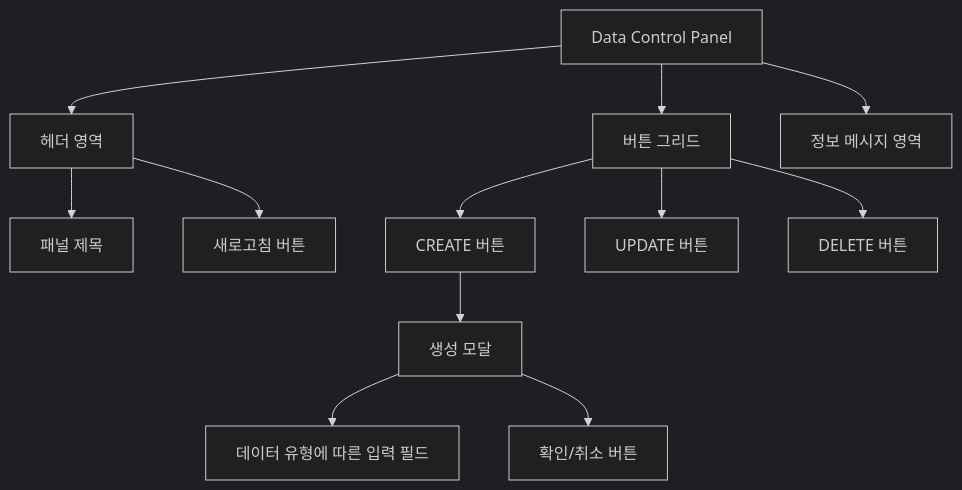
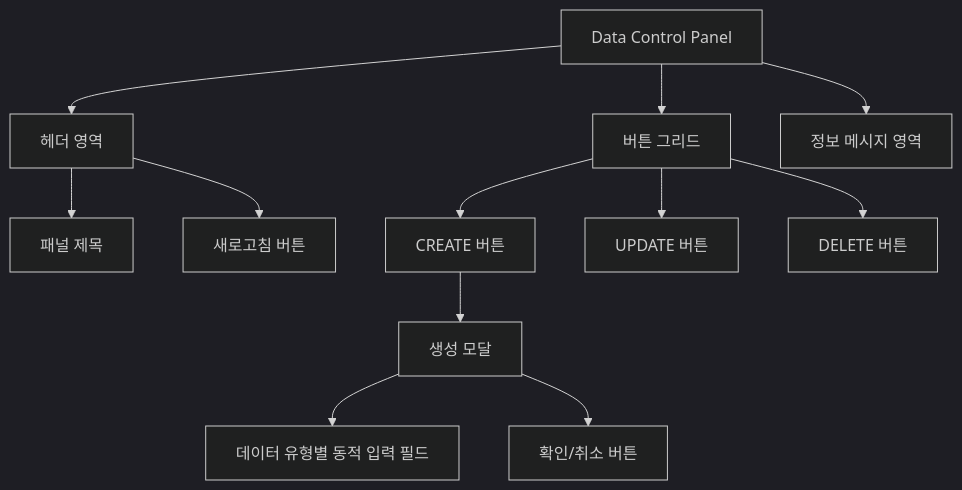
One commit to KWANGSOOSHIN-Zergtic/game-service-manager changed the diagram in docs/components/control-panel.md. Above: the diagram before and after it, drawn with Mermaid (dark theme). The commit also changed other lines of this file and 19 other files, not shown here.

````diff
--- a/docs/components/control-panel.md
+++ b/docs/components/control-panel.md
@@ -59,17 +61,17 @@
 ```mermaid
 graph TD
     A[Data Control Panel] --> B[헤더 영역]
     A --> C[버튼 그리드]
     A --> D[정보 메시지 영역]
     
     B --> B1[패널 제목]
     B --> B2[새로고침 버튼]
     
     C --> C1[CREATE 버튼]
     C --> C2[UPDATE 버튼]
     C --> C3[DELETE 버튼]
     
     C1 --> E[생성 모달]
-    E --> E1[데이터 유형에 따른 입력 필드]
+    E --> E1[데이터 유형별 동적 입력 필드]
     E --> E2[확인/취소 버튼]
 ```
````
